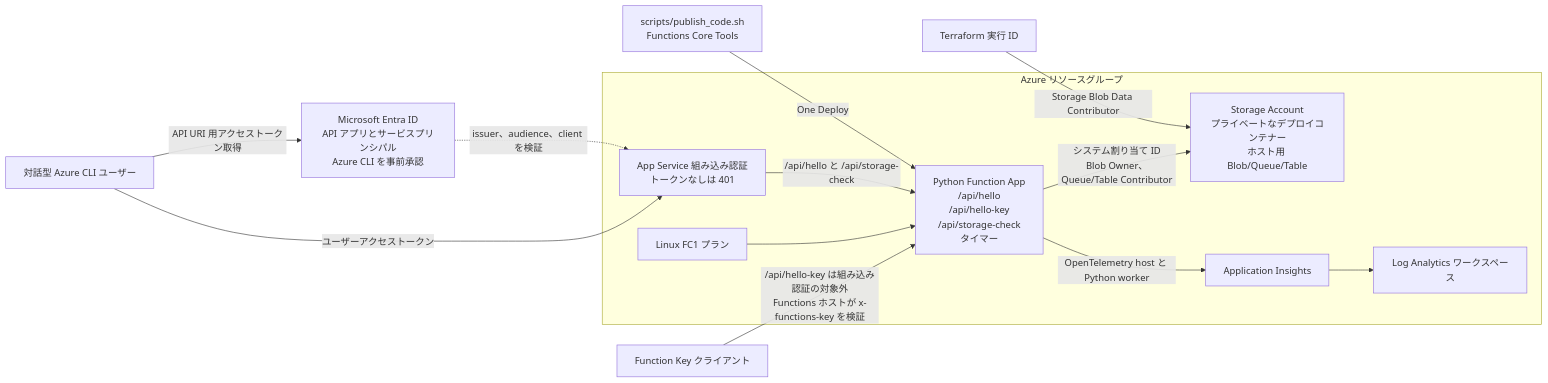
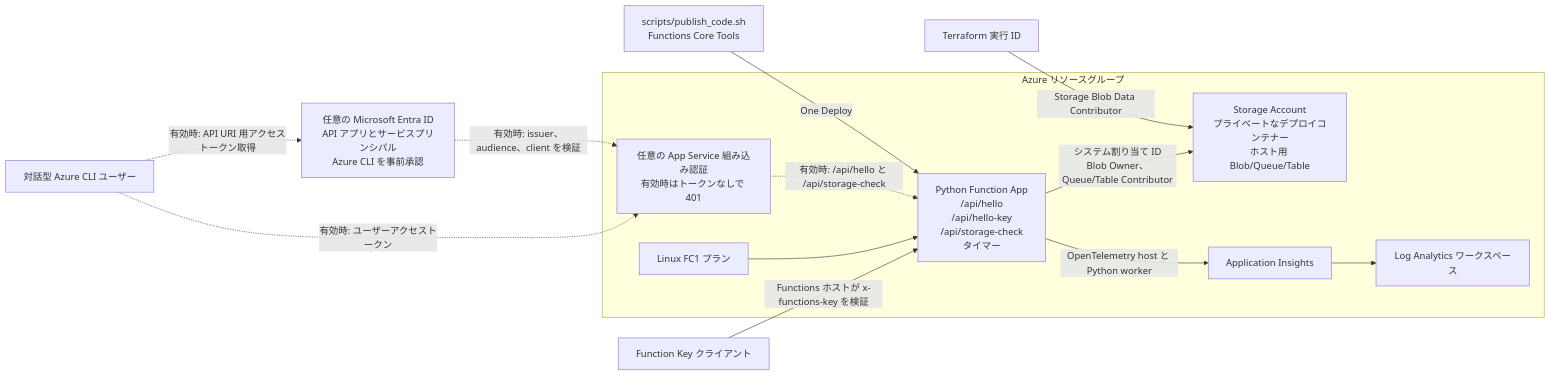
One commit to ks6088ts/template-terraform changed the diagram in infra/scenarios/azure_functions_flex_consumption/README.ja.md. Above: the diagram before and after it, drawn with Mermaid. The commit also changed other lines of this file and 11 other files, not shown here.

First line of the commit message:
feat: Add optional Microsoft Entra authentication for Azure Functions Flex Consumption

````diff
--- a/infra/scenarios/azure_functions_flex_consumption/README.ja.md
+++ b/infra/scenarios/azure_functions_flex_consumption/README.ja.md
@@ -11,17 +11,17 @@
 ```mermaid
 flowchart LR
-  User["対話型 Azure CLI ユーザー"] -->|API URI 用アクセストークン取得| Entra["Microsoft Entra ID<br/>API アプリとサービスプリンシパル<br/>Azure CLI を事前承認"]
-  User -->|ユーザーアクセストークン| Auth
-  Entra -.->|issuer、audience、client を検証| Auth
-  Key["Function Key クライアント"] -->|/api/hello-key は組み込み認証の対象外<br/>Functions ホストが x-functions-key を検証| App
+  User["対話型 Azure CLI ユーザー"] -.->|有効時: API URI 用アクセストークン取得| Entra["任意の Microsoft Entra ID<br/>API アプリとサービスプリンシパル<br/>Azure CLI を事前承認"]
+  User -.->|有効時: ユーザーアクセストークン| Auth
+  Entra -.->|有効時: issuer、audience、client を検証| Auth
+  Key["Function Key クライアント"] -->|Functions ホストが x-functions-key を検証| App
   subgraph RG["Azure リソースグループ"]
-    Auth["App Service 組み込み認証<br/>トークンなしは 401"]
+    Auth["任意の App Service 組み込み認証<br/>有効時はトークンなしで 401"]
     Plan["Linux FC1 プラン"] --> App["Python Function App<br/>/api/hello<br/>/api/hello-key<br/>/api/storage-check<br/>タイマー"]
-    Auth -->|/api/hello と /api/storage-check| App
+    Auth -.->|有効時: /api/hello と /api/storage-check| App
     App -->|システム割り当て ID<br/>Blob Owner、Queue/Table Contributor| Storage["Storage Account<br/>プライベートなデプロイコンテナー<br/>ホスト用 Blob/Queue/Table"]
     App -->|OpenTelemetry host と Python worker| AI["Application Insights"]
     AI --> LA["Log Analytics ワークスペース"]
   end
   Operator["Terraform 実行 ID"] -->|Storage Blob Data Contributor| Storage
   Publisher["scripts/publish_code.sh<br/>Functions Core Tools"] -->|One Deploy| App
 ```
````
